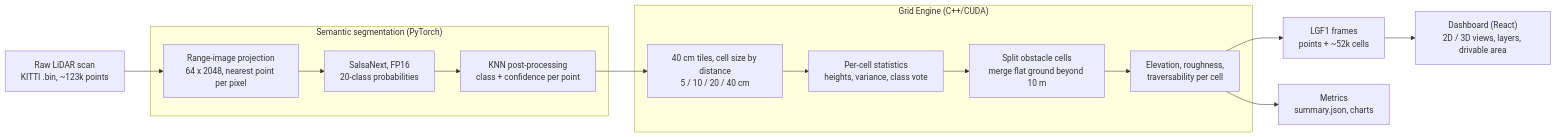
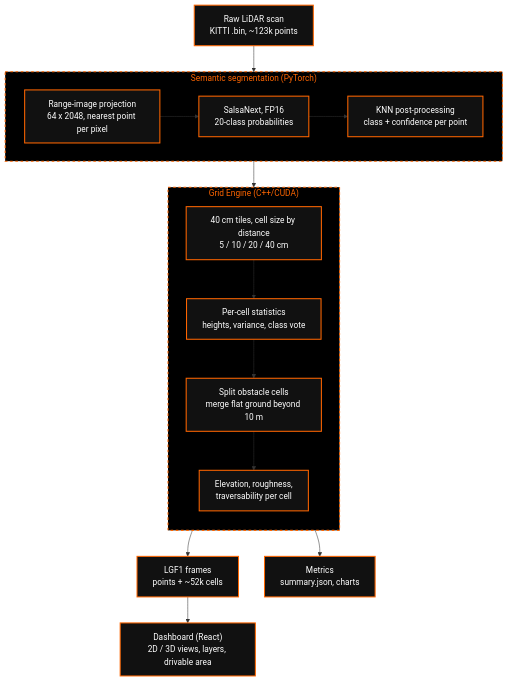
The first of 2 diagrams in README.md (point-matrix/AS2.5LM), drawn with Mermaid before and after one commit. The commit also changed other lines of this file, not shown here.

Commit message:
modified
Updated memory and power specifications for Edge GPU compatibility and clarified requirements for the CUDA Grid Engine.

````diff
--- a/README.md
+++ b/README.md
@@ -30,21 +30,27 @@
 ```mermaid
-flowchart LR
+flowchart TD
+    classDef default fill:#111111,stroke:#FF6600,stroke-width:2px,color:#FFFFFF;
+    style SEG fill:#000000,stroke:#FF6600,stroke-width:2px,color:#FF6600,stroke-dasharray: 5 5;
+    style GRID fill:#000000,stroke:#FF6600,stroke-width:2px,color:#FF6600,stroke-dasharray: 5 5;
+
     A["Raw LiDAR scan<br/>KITTI .bin, ~123k points"] --> B
 
     subgraph SEG["Semantic segmentation (PyTorch)"]
+        direction LR
         B["Range-image projection<br/>64 x 2048, nearest point per pixel"] --> C["SalsaNext, FP16<br/>20-class probabilities"]
         C --> D["KNN post-processing<br/>class + confidence per point"]
     end
 
     D --> E
 
     subgraph GRID["Grid Engine (C++/CUDA)"]
+        direction TB
         E["40 cm tiles, cell size by distance<br/>5 / 10 / 20 / 40 cm"] --> F["Per-cell statistics<br/>heights, variance, class vote"]
         F --> G["Split obstacle cells<br/>merge flat ground beyond 10 m"]
         G --> H["Elevation, roughness,<br/>traversability per cell"]
     end
 
     H --> I["LGF1 frames<br/>points + ~52k cells"]
     H --> K["Metrics<br/>summary.json, charts"]
     I --> J["Dashboard (React)<br/>2D / 3D views, layers, drivable area"]
 ```
````
